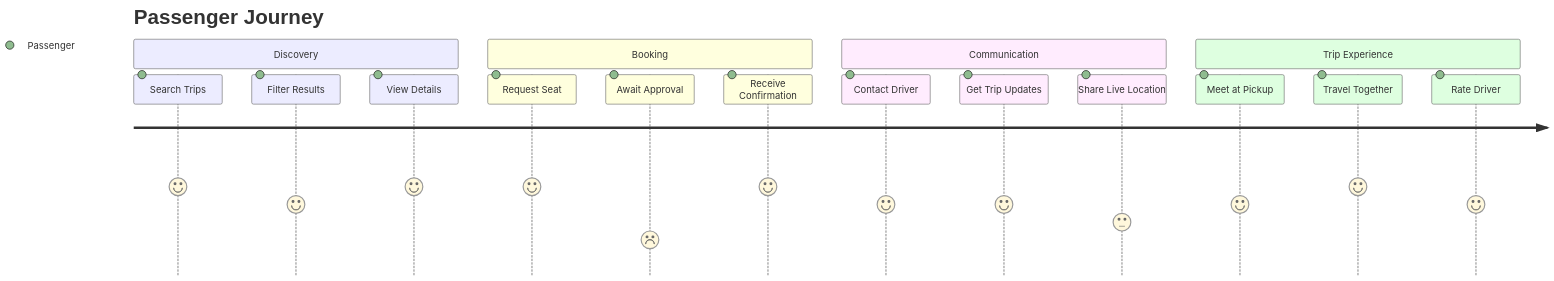
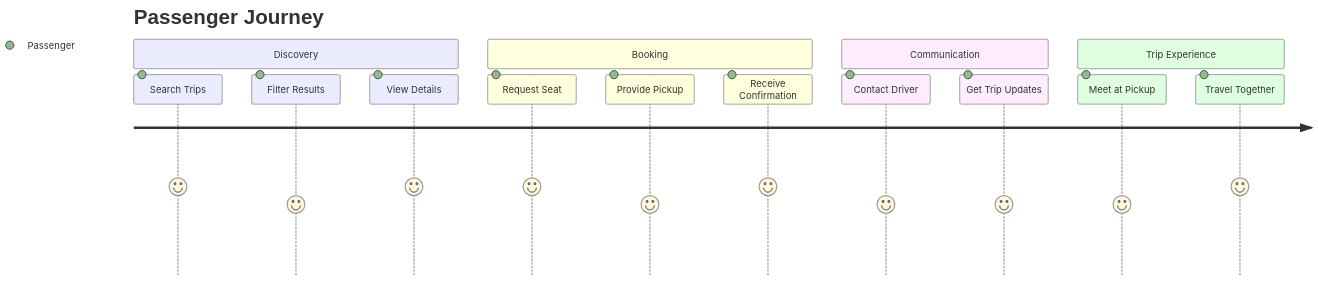
One commit to vedprakash-m/carpool changed the third of 3 diagrams in docs/PROJECT_METADATA.md. Above: the diagram before and after it, drawn with Mermaid. The commit also changed other lines of this file and 16 other files, not shown here.

````diff
--- a/docs/PROJECT_METADATA.md
+++ b/docs/PROJECT_METADATA.md
@@ -200,20 +229,18 @@
 ```mermaid
 journey
     title Passenger Journey
     section Discovery
       Search Trips: 5: Passenger
       Filter Results: 4: Passenger
       View Details: 5: Passenger
     section Booking
       Request Seat: 5: Passenger
-      Await Approval: 2: Passenger
+      Provide Pickup: 4: Passenger
       Receive Confirmation: 5: Passenger
     section Communication
       Contact Driver: 4: Passenger
       Get Trip Updates: 4: Passenger
-      Share Live Location: 3: Passenger
     section Trip Experience
       Meet at Pickup: 4: Passenger
       Travel Together: 5: Passenger
-      Rate Driver: 4: Passenger
 ```
````
